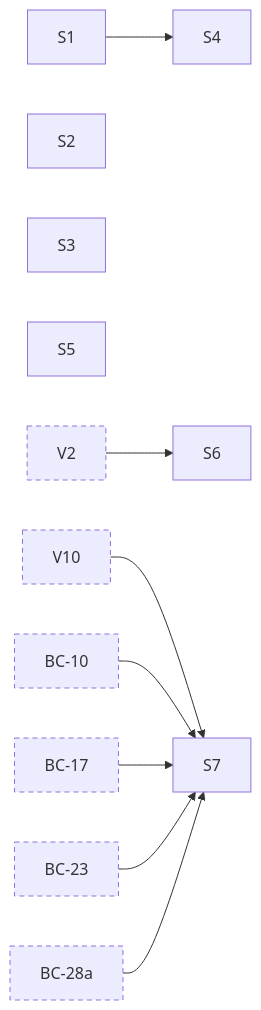
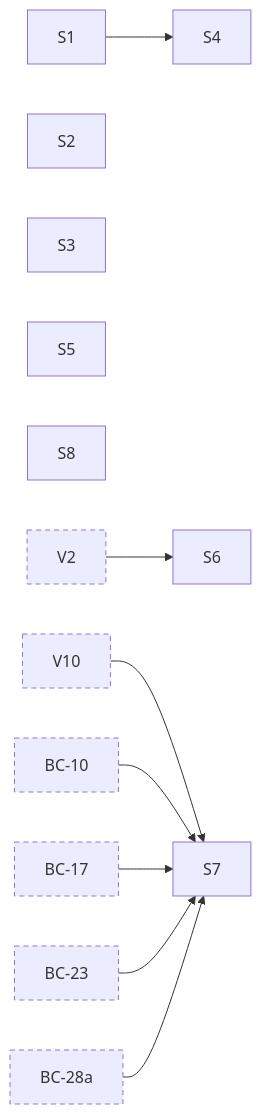
One commit to jhoblitt/rgw-go changed the second of 11 diagrams in docs/superpowers/plans/2026-10-13-phase-2/dependencies.md. Above: the diagram before and after it, drawn with Mermaid. The commit also changed other lines of this file and 1 other file, not shown here.

Commit message:
docs(plan): add task S8, a Deny that names NotAction
WP-25's adversarial review found that a policy statement naming only
NotAction matches no action, in radosgw's Statement::eval and in
rgw-go's copy of it, so a Deny written with NotAction alone refuses
nothing. That predates WP-25, so S8 gives such a Deny Amazon S3's
meaning, keeps an Allow with NotAction alone as radosgw evaluates it
until the owner decides, and records the upstream defect, tracker
#73983, whose fix ceph/ceph#66099 closed unmerged.

````diff
--- a/docs/superpowers/plans/2026-10-13-phase-2/dependencies.md
+++ b/docs/superpowers/plans/2026-10-13-phase-2/dependencies.md
@@ -54,37 +54,39 @@
 ```mermaid
 flowchart LR
   t_S1["S1"]
   t_S2["S2"]
   t_S3["S3"]
   t_S4["S4"]
   t_S5["S5"]
   t_S6["S6"]
   t_S7["S7"]
+  t_S8["S8"]
   t_V2["V2"]:::ext
   t_V10["V10"]:::ext
   t_BC_10["BC-10"]:::ext
   t_BC_17["BC-17"]:::ext
   t_BC_23["BC-23"]:::ext
   t_BC_28a["BC-28a"]:::ext
   t_S1 --> t_S4
   t_V2 --> t_S6
   t_V10 --> t_S7
   t_BC_10 --> t_S7
   t_BC_17 --> t_S7
   t_BC_23 --> t_S7
   t_BC_28a --> t_S7
   click t_S1 href "https://github.com/jhoblitt/rgw-go/blob/main/docs/superpowers/plans/2026-10-13-phase-2/00-index.md#task-s1-fakeradoss-rgw-class-as-method-tables" "S1: fakerados's rgw class as method tables"
   click t_S2 href "https://github.com/jhoblitt/rgw-go/blob/main/docs/superpowers/plans/2026-10-13-phase-2/00-index.md#task-s2-route-sets-per-feature-and-the-env-slots" "S2: route sets per feature and the Env slots"
   click t_S3 href "https://github.com/jhoblitt/rgw-go/blob/main/docs/superpowers/plans/2026-10-13-phase-2/00-index.md#task-s3-one-aws-correct-ispublic" "S3: one AWS-correct IsPublic"
   click t_S4 href "https://github.com/jhoblitt/rgw-go/blob/main/docs/superpowers/plans/2026-10-13-phase-2/00-index.md#task-s4-fakerados-refuses-an-unregistered-class-method-at-op-setup" "S4: fakerados refuses an unregistered class method at op setup"
   click t_S5 href "https://github.com/jhoblitt/rgw-go/blob/main/docs/superpowers/plans/2026-10-13-phase-2/00-index.md#task-s5-ignorepublicacls-ignores-swifts-public-container-grants" "S5: IgnorePublicAcls ignores Swift's public container grants"
   click t_S6 href "https://github.com/jhoblitt/rgw-go/blob/main/docs/superpowers/plans/2026-10-13-phase-2/00-index.md#task-s6-one-choose_from" "S6: one choose_from"
   click t_S7 href "https://github.com/jhoblitt/rgw-go/blob/main/docs/superpowers/plans/2026-10-13-phase-2/00-index.md#task-s7-one-schema-scanner-for-s3-xml-request-bodies" "S7: one schema scanner for S3 XML request bodies"
+  click t_S8 href "https://github.com/jhoblitt/rgw-go/blob/main/docs/superpowers/plans/2026-10-13-phase-2/00-index.md#task-s8-a-deny-that-names-notaction-refuses-every-action-it-does-not-name" "S8: a Deny that names NotAction refuses every action it does not name"
   click t_V2 href "https://github.com/jhoblitt/rgw-go/blob/main/docs/superpowers/plans/2026-10-13-phase-2/V-versioning.md#task-v2-meta-olh-head-types-and-bucket-helpers" "V2: meta OLH head types and bucket helpers"
   click t_V10 href "https://github.com/jhoblitt/rgw-go/blob/main/docs/superpowers/plans/2026-10-13-phase-2/V-versioning.md#task-v10-op-and-s3-putbucketversioning-and-getbucketversioning" "V10: op and s3, PutBucketVersioning and GetBucketVersioning"
   click t_BC_10 href "https://github.com/jhoblitt/rgw-go/blob/main/docs/superpowers/plans/2026-10-13-phase-2/B-bucket-config.md#task-bc-10-website-semantics-and-xml" "BC-10: Website semantics and XML"
   click t_BC_17 href "https://github.com/jhoblitt/rgw-go/blob/main/docs/superpowers/plans/2026-10-13-phase-2/B-bucket-config.md#task-bc-17-block-xml" "BC-17: Block XML"
   click t_BC_23 href "https://github.com/jhoblitt/rgw-go/blob/main/docs/superpowers/plans/2026-10-13-phase-2/B-bucket-config.md#task-bc-23-encryption-configuration-type" "BC-23: Encryption configuration type"
   click t_BC_28a href "https://github.com/jhoblitt/rgw-go/blob/main/docs/superpowers/plans/2026-10-13-phase-2/B-bucket-config.md#task-bc-28a-ownership-type" "BC-28a: Ownership type"
   classDef ext stroke-dasharray: 5 4
 ```
````
